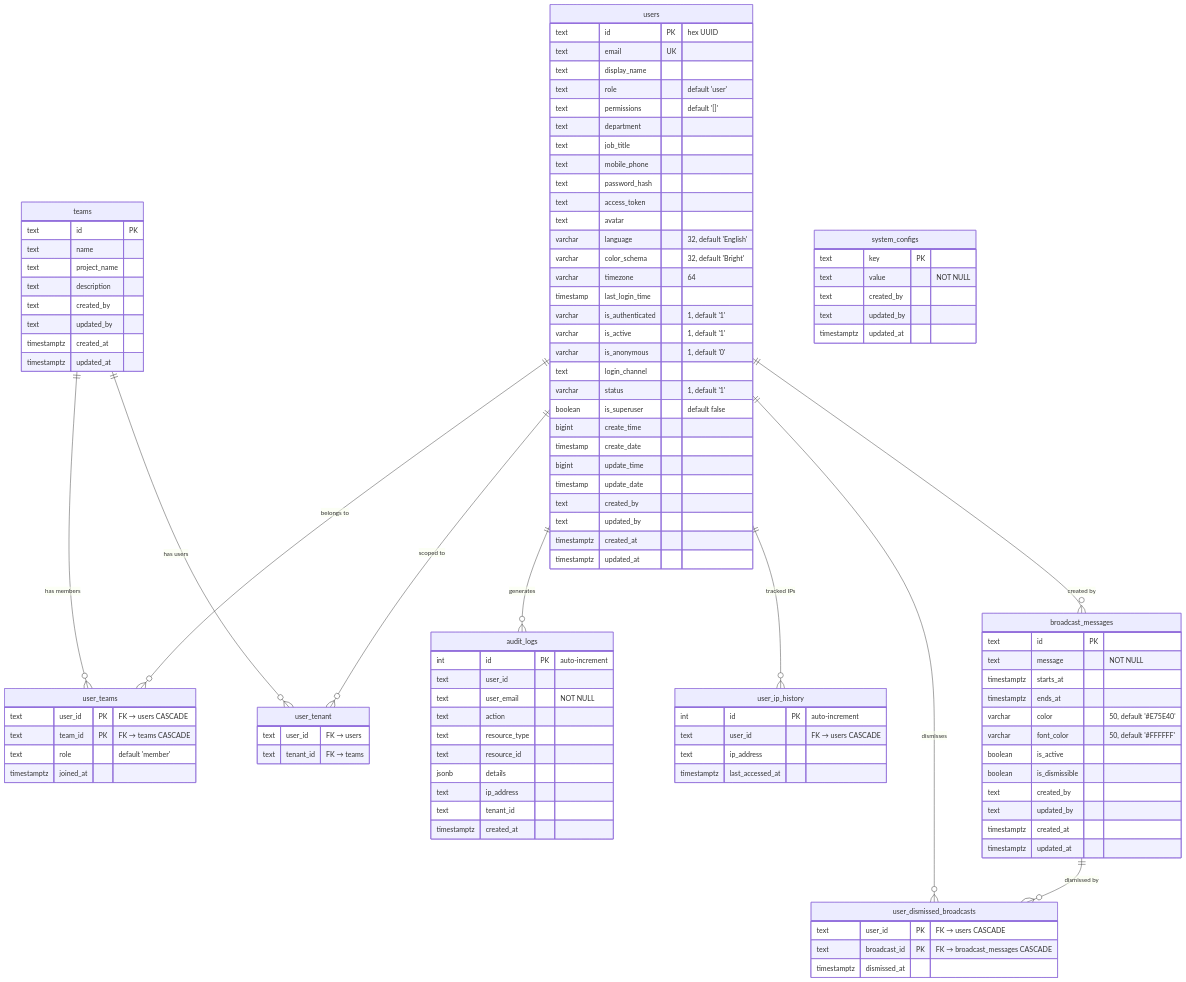
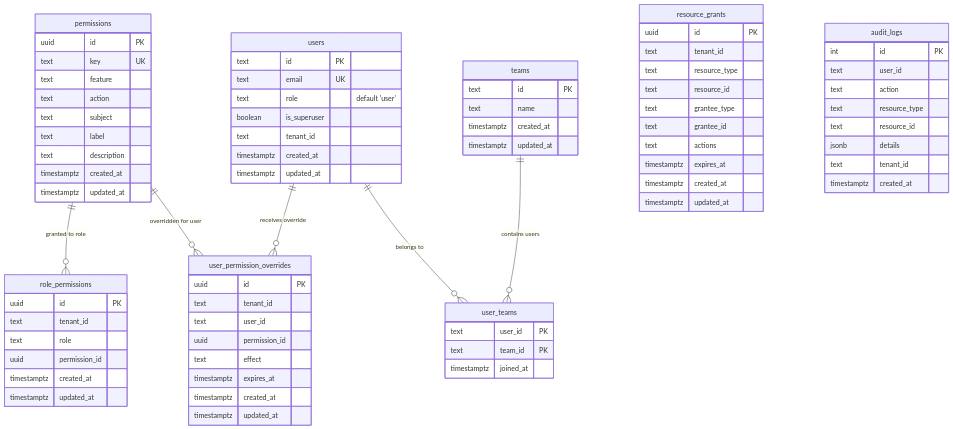
Before and after one commit to b-knowledge-solution/b-knowledge: the diagram in docs/basic-design/database/database-design-core.md, drawn with Mermaid. The commit also changed other lines of this file and 2 other files, not shown here.

First line of the commit message:
docs(09-02): rewrite permission database design docs

````diff
--- a/docs/basic-design/database/database-design-core.md
+++ b/docs/basic-design/database/database-design-core.md
@@ -5,33 +18,11 @@
 ```mermaid
 erDiagram
     users {
-        text id PK "hex UUID"
+        text id PK
         text email UK
-        text display_name
         text role "default 'user'"
-        text permissions "default '[]'"
-        text department
-        text job_title
-        text mobile_phone
-        text password_hash
-        text access_token
-        text avatar
-        varchar language "32, default 'English'"
-        varchar color_schema "32, default 'Bright'"
-        varchar timezone "64"
-        timestamp last_login_time
-        varchar is_authenticated "1, default '1'"
-        varchar is_active "1, default '1'"
-        varchar is_anonymous "1, default '0'"
-        text login_channel
-        varchar status "1, default '1'"
-        boolean is_superuser "default false"
-        bigint create_time
-        timestamp create_date
-        bigint update_time
-        timestamp update_date
-        text created_by
-        text updated_by
+        boolean is_superuser
+        text tenant_id
         timestamptz created_at
         timestamptz updated_at
     }
@@ -39,82 +30,75 @@
     teams {
         text id PK
         text name
-        text project_name
-        text description
-        text created_by
-        text updated_by
         timestamptz created_at
         timestamptz updated_at
     }
 
     user_teams {
-        text user_id PK "FK → users CASCADE"
-        text team_id PK "FK → teams CASCADE"
-        text role "default 'member'"
+        text user_id PK
+        text team_id PK
         timestamptz joined_at
     }
 
-    user_tenant {
-        text user_id "FK → users"
-        text tenant_id "FK → teams"
+    permissions {
+        uuid id PK
+        text key UK
+        text feature
+        text action
+        text subject
+        text label
+        text description
+        timestamptz created_at
+        timestamptz updated_at
     }
 
-    system_configs {
-        text key PK
-        text value "NOT NULL"
-        text created_by
-        text updated_by
+    role_permissions {
+        uuid id PK
+        text tenant_id
+        text role
+        uuid permission_id
+        timestamptz created_at
+        timestamptz updated_at
+    }
+
+    user_permission_overrides {
+        uuid id PK
+        text tenant_id
+        text user_id
+        uuid permission_id
+        text effect
+        timestamptz expires_at
+        timestamptz created_at
+        timestamptz updated_at
+    }
+
+    resource_grants {
+        uuid id PK
+        text tenant_id
+        text resource_type
+        text resource_id
+        text grantee_type
+        text grantee_id
+        text actions
+        timestamptz expires_at
+        timestamptz created_at
         timestamptz updated_at
     }
 
     audit_logs {
-        int id PK "auto-increment"
+        int id PK
         text user_id
-        text user_email "NOT NULL"
         text action
         text resource_type
         text resource_id
         jsonb details
-        text ip_address
         text tenant_id
         timestamptz created_at
     }
 
-    user_ip_history {
-        int id PK "auto-increment"
-        text user_id "FK → users CASCADE"
-        text ip_address
-        timestamptz last_accessed_at
-    }
-
-    broadcast_messages {
-        text id PK
-        text message "NOT NULL"
-        timestamptz starts_at
-        timestamptz ends_at
-        varchar color "50, default '#E75E40'"
-        varchar font_color "50, default '#FFFFFF'"
-        boolean is_active
-        boolean is_dismissible
-        text created_by
-        text updated_by
-        timestamptz created_at
-        timestamptz updated_at
-    }
-
-    user_dismissed_broadcasts {
-        text user_id PK "FK → users CASCADE"
-        text broadcast_id PK "FK → broadcast_messages CASCADE"
-        timestamptz dismissed_at
-    }
-
+    permissions ||--o{ role_permissions : "granted to role"
+    permissions ||--o{ user_permission_overrides : "overridden for user"
+    users ||--o{ user_permission_overrides : "receives override"
     users ||--o{ user_teams : "belongs to"
-    teams ||--o{ user_teams : "has members"
-    users ||--o{ user_tenant : "scoped to"
-    teams ||--o{ user_tenant : "has users"
-    users ||--o{ audit_logs : "generates"
-    users ||--o{ user_ip_history : "tracked IPs"
-    users ||--o{ user_dismissed_broadcasts : "dismisses"
-    broadcast_messages ||--o{ user_dismissed_broadcasts : "dismissed by"
-    users ||--o{ broadcast_messages : "created by"
+    teams ||--o{ user_teams : "contains users"
 ```
````
